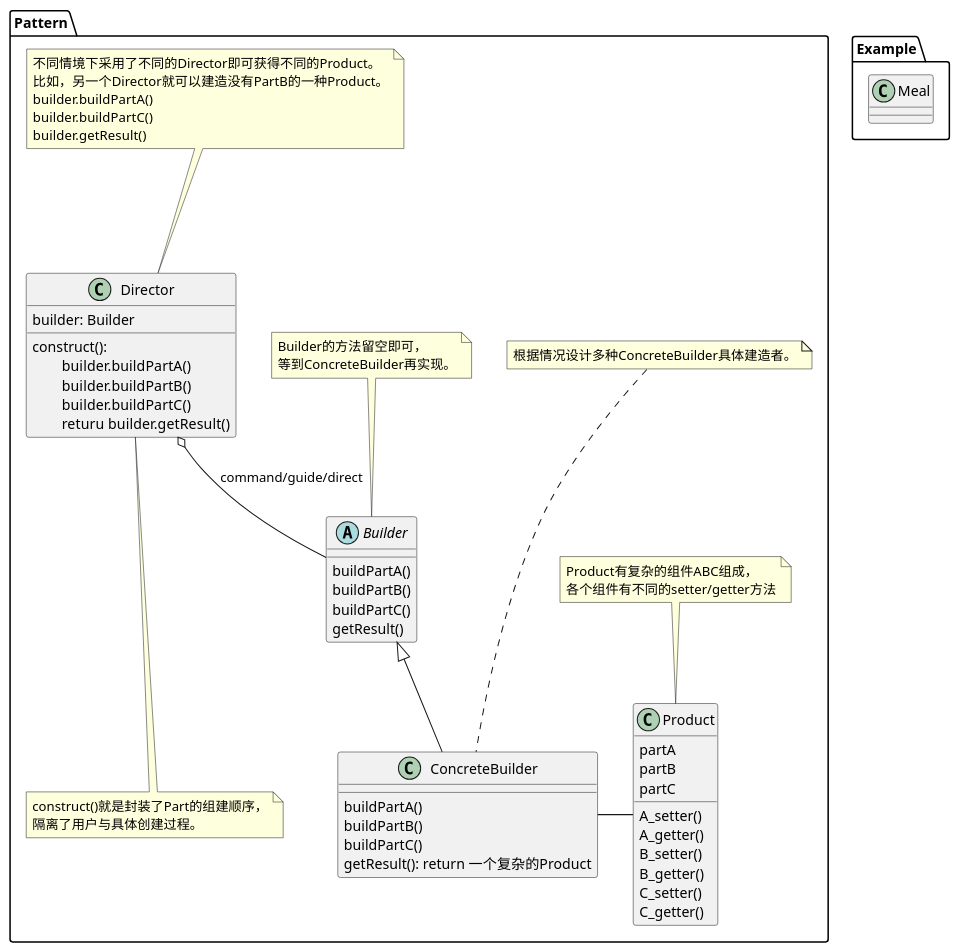
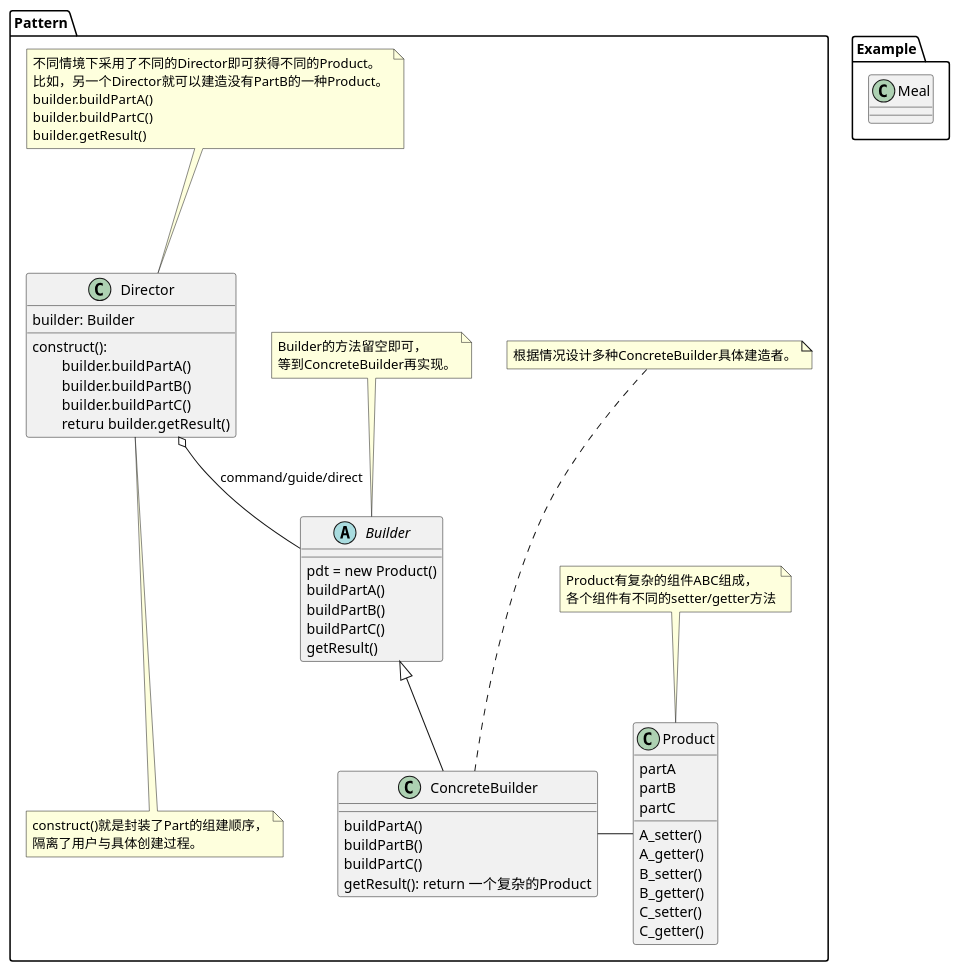
The diagram in Notes & Diagrams/BuilderPattern.puml (YidongQIN/PyBMS_BrIM), drawn with PlantUML before and after one commit.

Commit message:
diagrams

```diff
--- a/Notes & Diagrams/BuilderPattern.puml
+++ b/Notes & Diagrams/BuilderPattern.puml
@@ -1,88 +1,89 @@
 @startuml
 
 package Pattern{
 
     note as N1
         不同情境下采用了不同的Director即可获得不同的Product。
         比如，另一个Director就可以建造没有PartB的一种Product。
         builder.buildPartA()
         builder.buildPartC()
         builder.getResult()
     end note
 
     class Director{
         builder: Builder
         construct():
         \tbuilder.buildPartA()
         \tbuilder.buildPartB()
         \tbuilder.buildPartC()
         \treturu builder.getResult()
 
     }
 
     note as N2
         construct()就是封装了Part的组建顺序，
         隔离了用户与具体创建过程。
     end note
 
     N1 ... Director
     Director ... N2
 
     Director o-- Builder: command/guide/direct
 
     abstract class Builder{
+        pdt = new Product()
         buildPartA()
         buildPartB()
         buildPartC()
         getResult()
     }
 
     note as N_B
         Builder的方法留空即可，
         等到ConcreteBuilder再实现。
     end note
 
     N_B .. Builder
 
     Builder <|-- ConcreteBuilder
 
     class ConcreteBuilder{
         buildPartA()
         buildPartB()
         buildPartC()
         getResult(): return 一个复杂的Product
     }
 
     note as N_CB
         根据情况设计多种ConcreteBuilder具体建造者。
     end note
 
     N_CB ... ConcreteBuilder
 
     ConcreteBuilder - Product
 
     class Product{
         partA
         partB
         partC
         A_setter()
         A_getter()
         B_setter()
         B_getter()
         C_setter()
         C_getter()
     }
 
     note as N_P
         Product有复杂的组件ABC组成，
         各个组件有不同的setter/getter方法
     end note
 
     N_P .. Product
 }
 
 package Example{
     class Meal
 }
 
 @enduml
```
